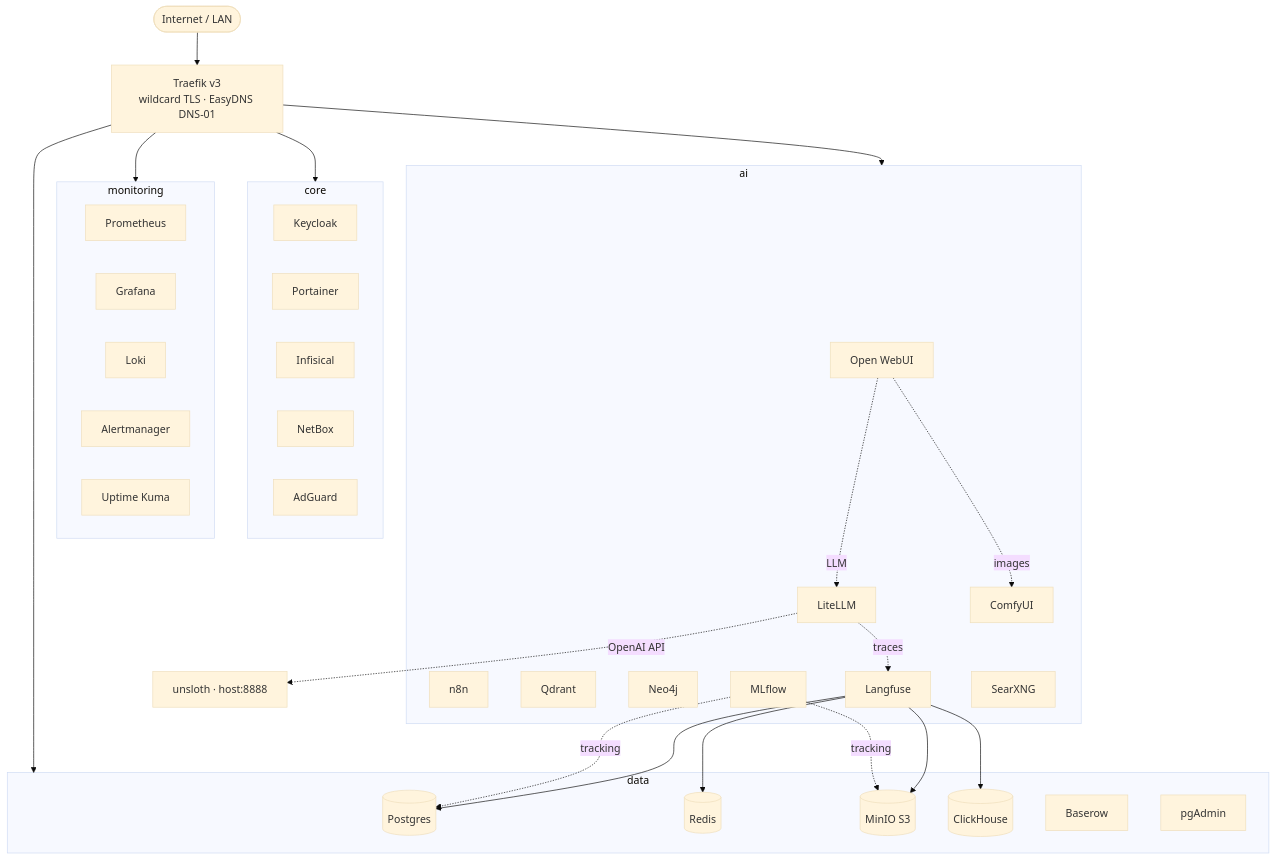
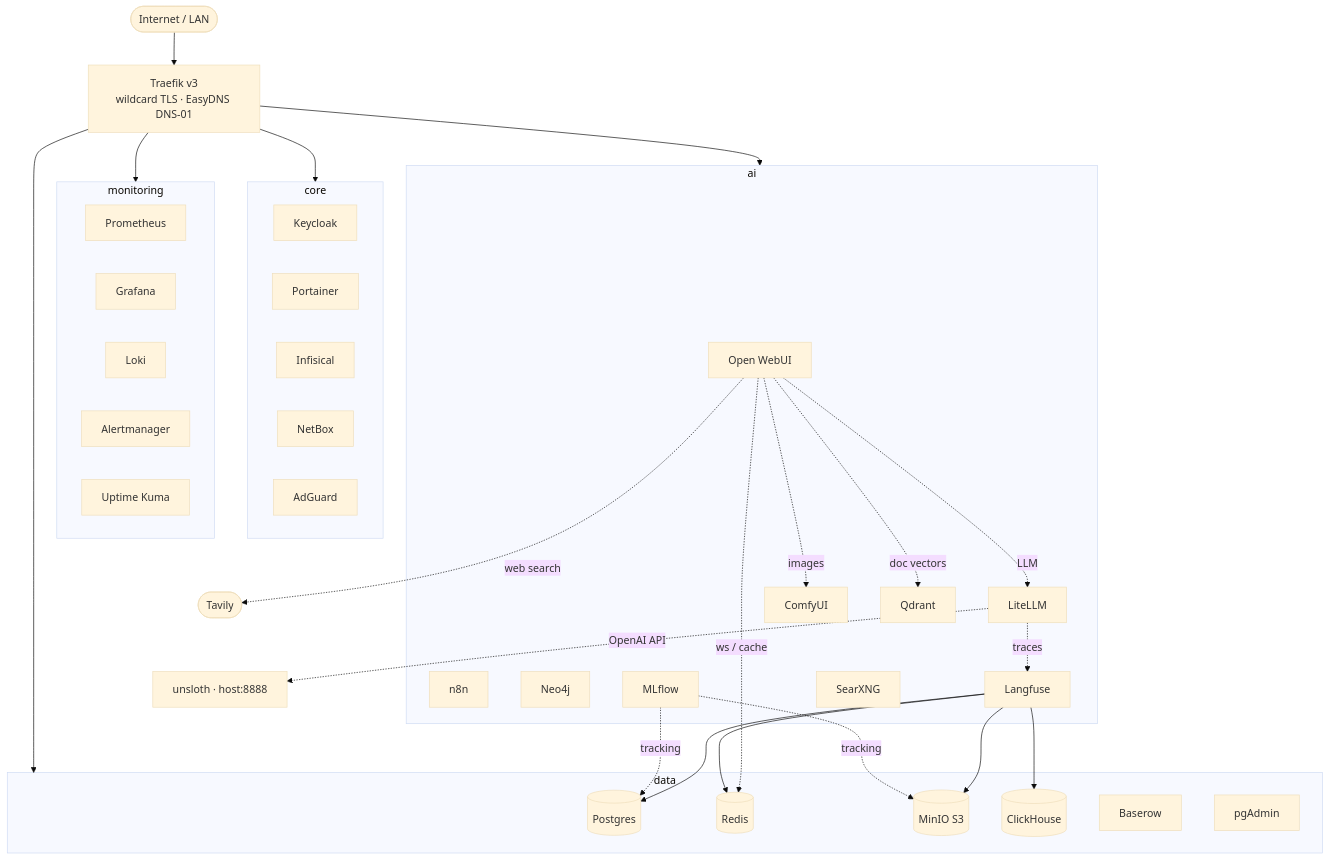
One commit to Bleenq-Technology/ai-homelab changed the diagram in README.md. Above: the diagram before and after it, drawn with Mermaid (base theme). The commit also changed other lines of this file and 2 other files, not shown here.

First line of the commit message:
OpenWebUI: use shared Qdrant (vectors) + Redis (websocket/cache)

````diff
--- a/README.md
+++ b/README.md
@@ -25,22 +25,25 @@
 ```mermaid
 flowchart TD
     Net([Internet / LAN]) --> TR[Traefik v3<br/>wildcard TLS · EasyDNS DNS-01]
     subgraph core[core]
       KC[Keycloak] & PT[Portainer] & INF[Infisical] & NB[NetBox] & AG[AdGuard]
     end
     subgraph data[data]
       PG[(Postgres)] & RD[(Redis)] & MIN[(MinIO S3)] & CH[(ClickHouse)] & BR[Baserow] & PGA[pgAdmin]
     end
     subgraph mon[monitoring]
       PR[Prometheus] & GR[Grafana] & LK[Loki] & AM[Alertmanager] & UK[Uptime Kuma]
     end
     subgraph ai[ai]
       OW[Open WebUI] & LL[LiteLLM] & N8[n8n] & CF[ComfyUI] & QD[Qdrant] & NEO[Neo4j] & LF[Langfuse] & MLF[MLflow] & SX[SearXNG]
     end
     TR --> core & data & mon & ai
     OW -. LLM .-> LL -. OpenAI API .-> UNS[unsloth · host:8888]
     LL -. traces .-> LF
     OW -. images .-> CF
+    OW -. web search .-> TAV([Tavily])
+    OW -. doc vectors .-> QD
+    OW -. ws / cache .-> RD
     LF --> PG & CH & RD & MIN
     MLF -. tracking .-> PG & MIN
 ```
````
